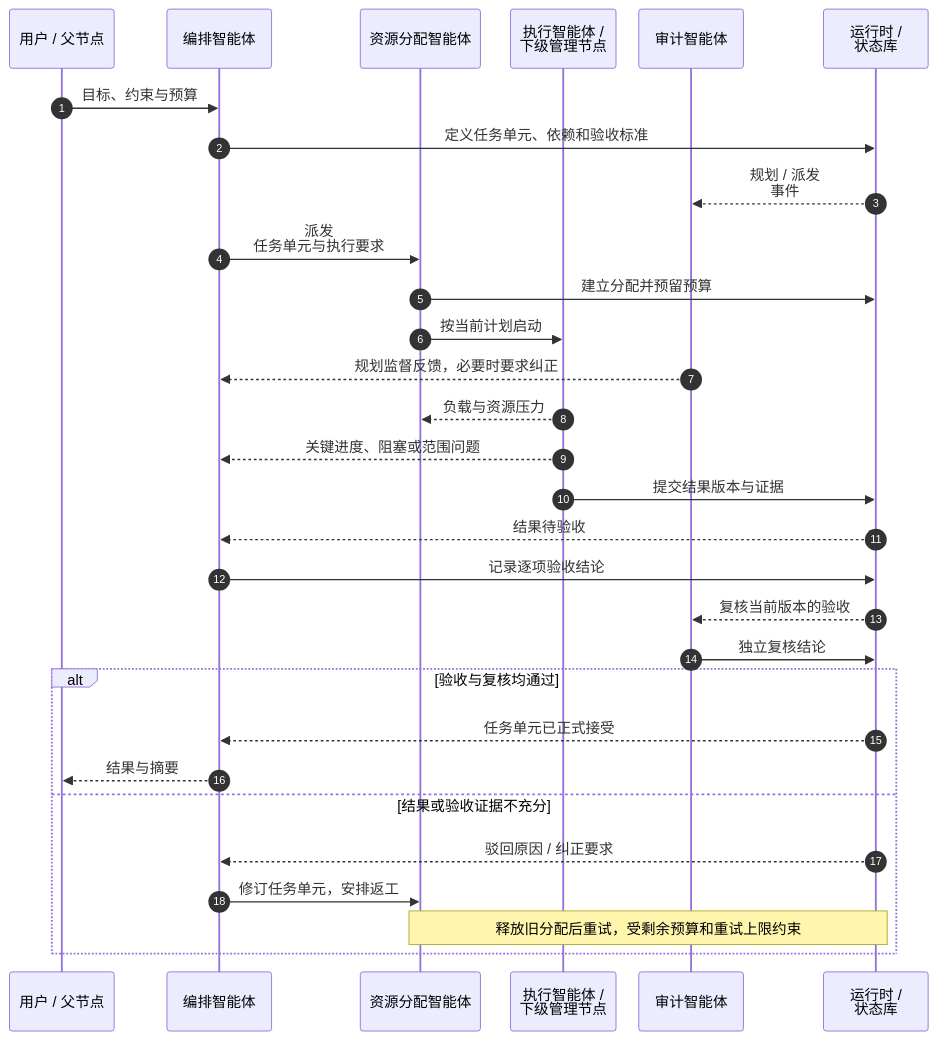
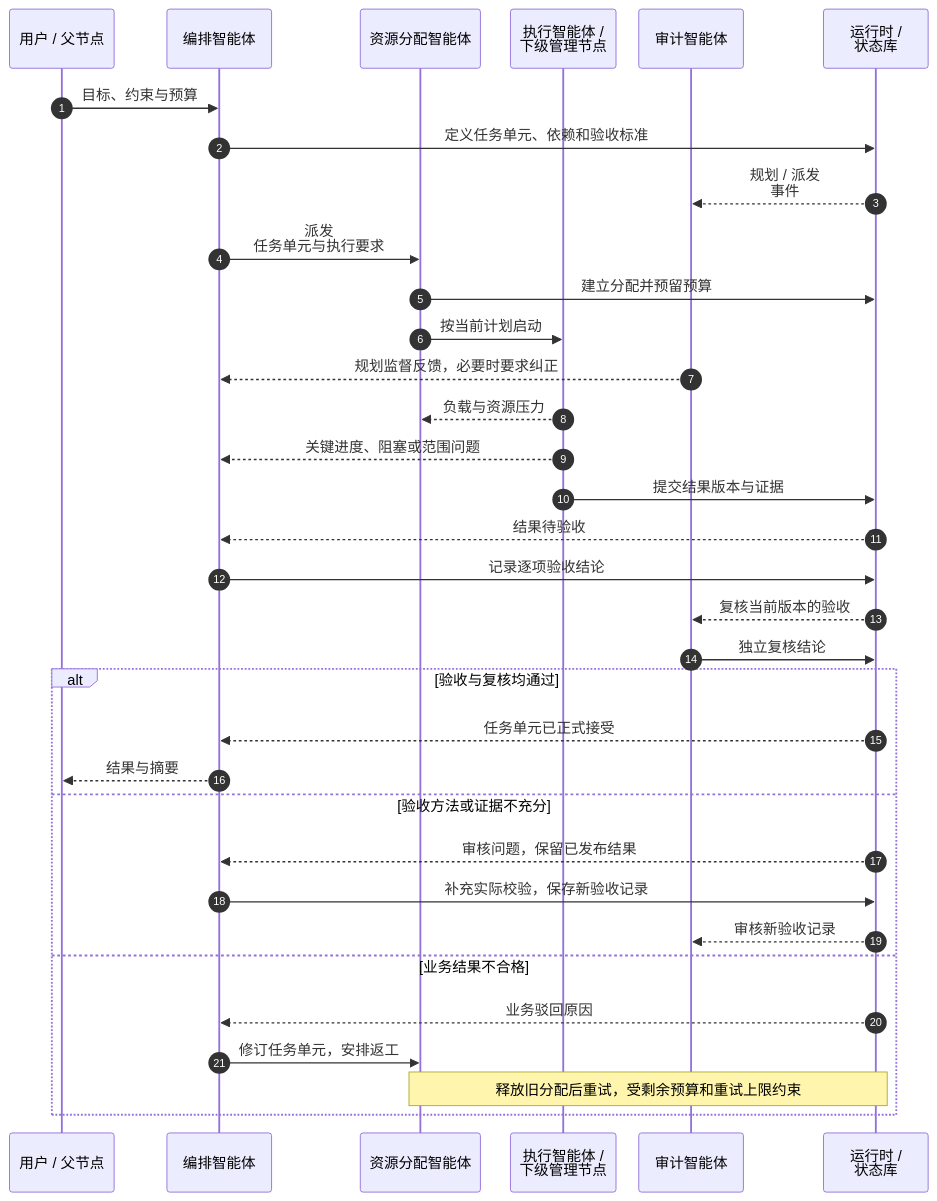
One commit to Luohaothu/dsh-flow changed the first of 2 diagrams in docs/design/dispatch.md. Above: the diagram before and after it, drawn with Mermaid. The commit also changed other lines of this file and 65 other files, not shown here.

````diff
--- a/docs/design/dispatch.md
+++ b/docs/design/dispatch.md
@@ -19,33 +19,37 @@
 ```mermaid
 %%{init: {"sequence": {"actorMargin": 25, "width": 115}}}%%
 sequenceDiagram
     autonumber
     participant P as 用户 / 父节点
     participant O as 编排智能体
     participant A as 资源分配智能体
     participant W as 执行智能体 /<br/>下级管理节点
     participant U as 审计智能体
     participant R as 运行时 /<br/>状态库
     P->>O: 目标、约束与预算
     O->>R: 定义任务单元、依赖和验收标准
     R-->>U: 规划 / 派发<br/>事件
     O->>A: 派发<br/>任务单元与执行要求
     A->>R: 建立分配并预留预算
     A->>W: 按当前计划启动
     U-->>O: 规划监督反馈，必要时要求纠正
     W-->>A: 负载与资源压力
     W-->>O: 关键进度、阻塞或范围问题
     W->>R: 提交结果版本与证据
     R-->>O: 结果待验收
     O->>R: 记录逐项验收结论
     R-->>U: 复核当前版本的验收
     U->>R: 独立复核结论
     alt 验收与复核均通过
         R-->>O: 任务单元已正式接受
         O-->>P: 结果与摘要
-    else 结果或验收证据不充分
-        R-->>O: 驳回原因 / 纠正要求
+    else 验收方法或证据不充分
+        R-->>O: 审核问题，保留已发布结果
+        O->>R: 补充实际校验，保存新验收记录
+        R-->>U: 审核新验收记录
+    else 业务结果不合格
+        R-->>O: 业务驳回原因
         O->>A: 修订任务单元，安排返工
         Note over A,R: 释放旧分配后重试，受剩余预算和重试上限约束
     end
 ```
````
